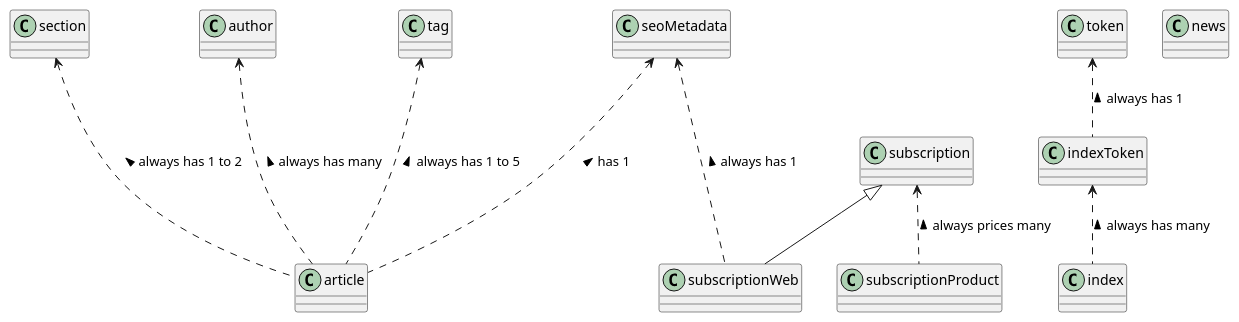
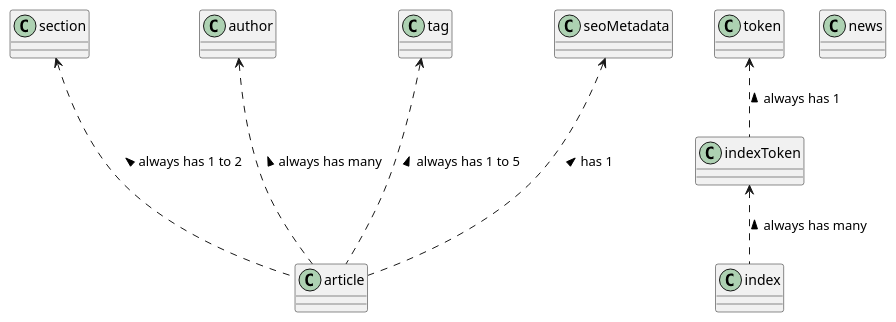
One commit to k33hq/k33-platform changed the diagram in libs/clients/contentful-client/src/main/httpx/research/content-model.plantuml. Above: the diagram before and after it, drawn with PlantUML. The commit also changed 1 other file, not shown here.

Commit message:
chore: updated CMS schema

```diff
--- a/libs/clients/contentful-client/src/main/httpx/research/content-model.plantuml
+++ b/libs/clients/contentful-client/src/main/httpx/research/content-model.plantuml
@@ -1,40 +1,29 @@
 @startuml
 
 class section
 
 class article
 
 author <... article : always has many <
 tag <... article : always has 1 to 5 <
 
 section <... article : always has 1 to 2 <
 seoMetadata <... article : has 1 <
 
 class author
 
 class seoMetadata
 
-class subscription
-
-class subscriptionProduct
-
-subscription <.. subscriptionProduct : always prices many <
-
-class subscriptionWeb
-
-subscription <|-- subscriptionWeb
-seoMetadata <... subscriptionWeb : always has 1 <
-
 class tag
 
 class token
 
 class indexToken
 token <.. indexToken : always has 1 <
 
 class index
 indexToken <.. index : always has many <
 
 class news
 
 @enduml
```
